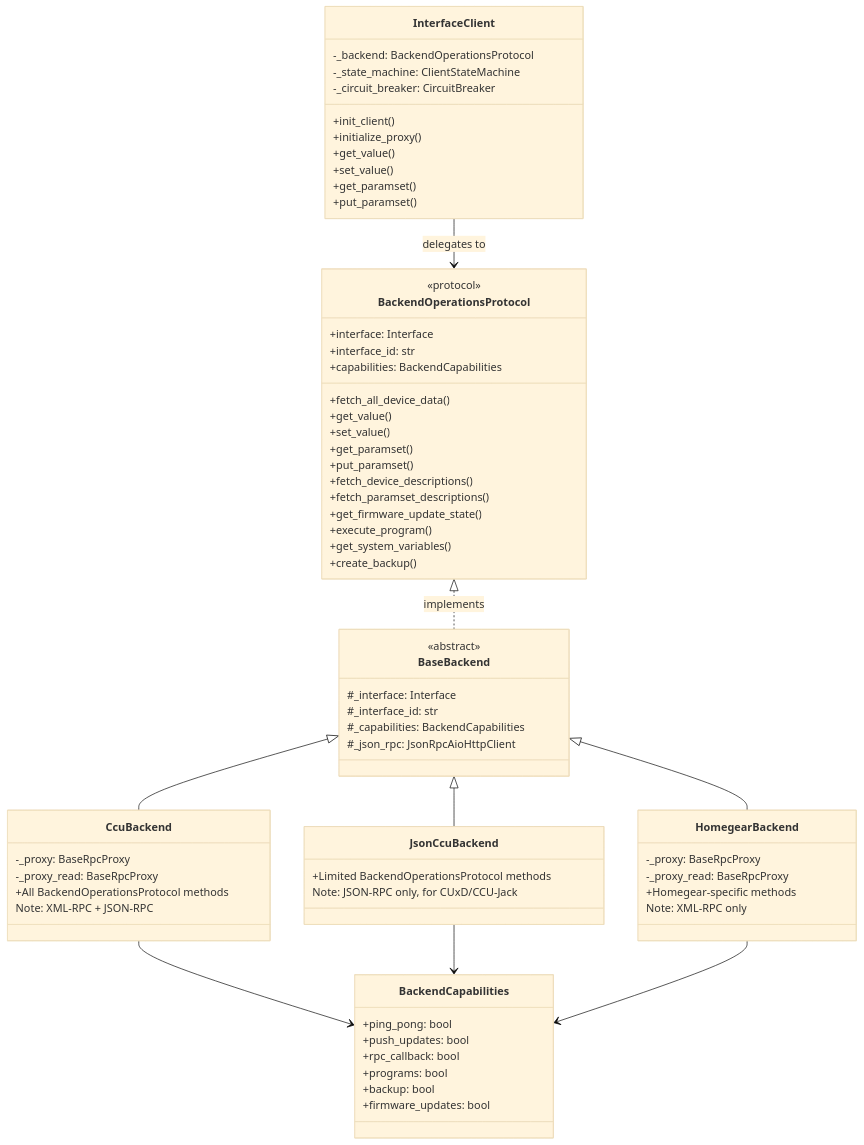
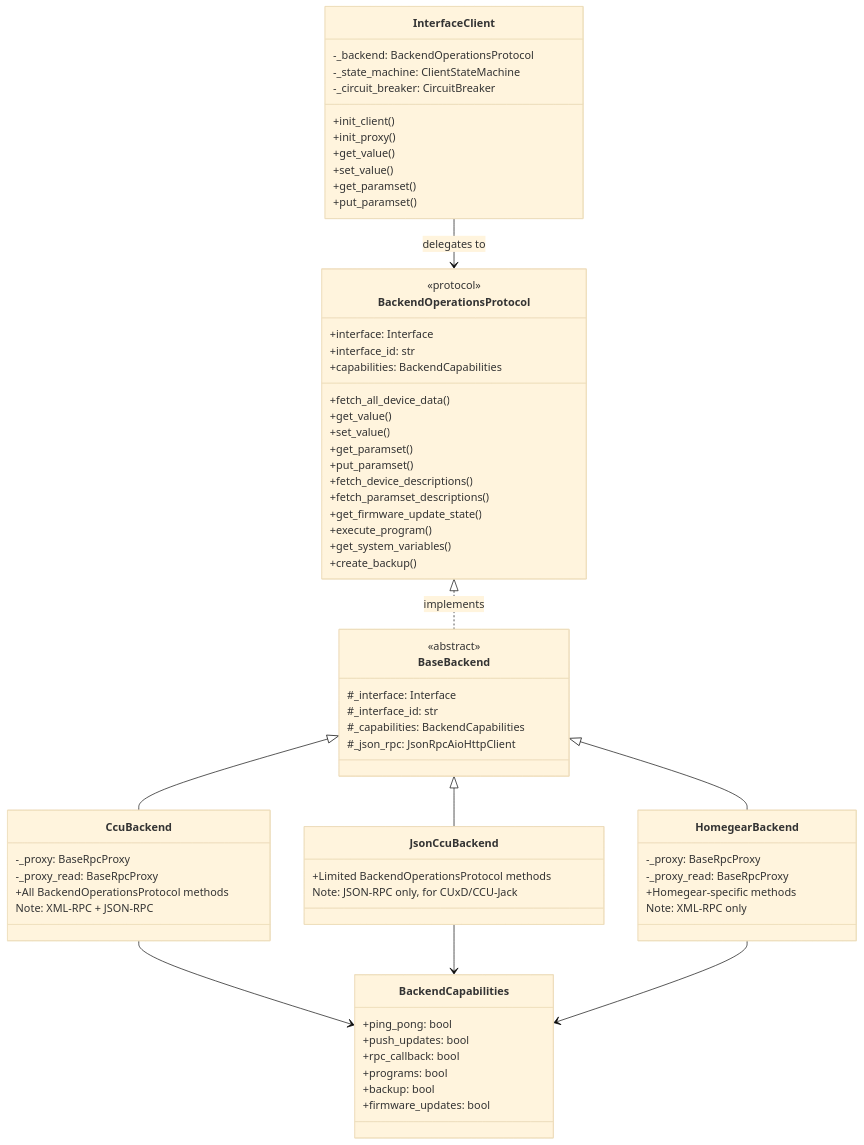
The eighth of 17 diagrams in docs/architecture/sequence_diagrams.md (SukramJ/aiohomematic), drawn with Mermaid (base theme) before and after one commit. The commit also changed other lines of this file and 17 other files, not shown here.

````diff
--- a/docs/architecture/sequence_diagrams.md
+++ b/docs/architecture/sequence_diagrams.md
@@ -583,77 +588,77 @@
 ```mermaid
 classDiagram
   class InterfaceClient {
     -_backend: BackendOperationsProtocol
     -_state_machine: ClientStateMachine
     -_circuit_breaker: CircuitBreaker
     +init_client()
-    +initialize_proxy()
+    +init_proxy()
     +get_value()
     +set_value()
     +get_paramset()
     +put_paramset()
   }
 
   class BackendOperationsProtocol {
     <<protocol>>
     +interface: Interface
     +interface_id: str
     +capabilities: BackendCapabilities
     +fetch_all_device_data()
     +get_value()
     +set_value()
     +get_paramset()
     +put_paramset()
     +fetch_device_descriptions()
     +fetch_paramset_descriptions()
     +get_firmware_update_state()
     +execute_program()
     +get_system_variables()
     +create_backup()
   }
 
   class BaseBackend {
     <<abstract>>
     #_interface: Interface
     #_interface_id: str
     #_capabilities: BackendCapabilities
     #_json_rpc: JsonRpcAioHttpClient
   }
 
   class CcuBackend {
     -_proxy: BaseRpcProxy
     -_proxy_read: BaseRpcProxy
     +All BackendOperationsProtocol methods
     Note: XML-RPC + JSON-RPC
   }
 
   class JsonCcuBackend {
     +Limited BackendOperationsProtocol methods
     Note: JSON-RPC only, for CUxD/CCU-Jack
   }
 
   class HomegearBackend {
     -_proxy: BaseRpcProxy
     -_proxy_read: BaseRpcProxy
     +Homegear-specific methods
     Note: XML-RPC only
   }
 
   class BackendCapabilities {
     +ping_pong: bool
     +push_updates: bool
     +rpc_callback: bool
     +programs: bool
     +backup: bool
     +firmware_updates: bool
   }
 
   InterfaceClient --> BackendOperationsProtocol : delegates to
   BackendOperationsProtocol <|.. BaseBackend : implements
   BaseBackend <|-- CcuBackend
   BaseBackend <|-- JsonCcuBackend
   BaseBackend <|-- HomegearBackend
   CcuBackend --> BackendCapabilities
   JsonCcuBackend --> BackendCapabilities
   HomegearBackend --> BackendCapabilities
 ```
````
